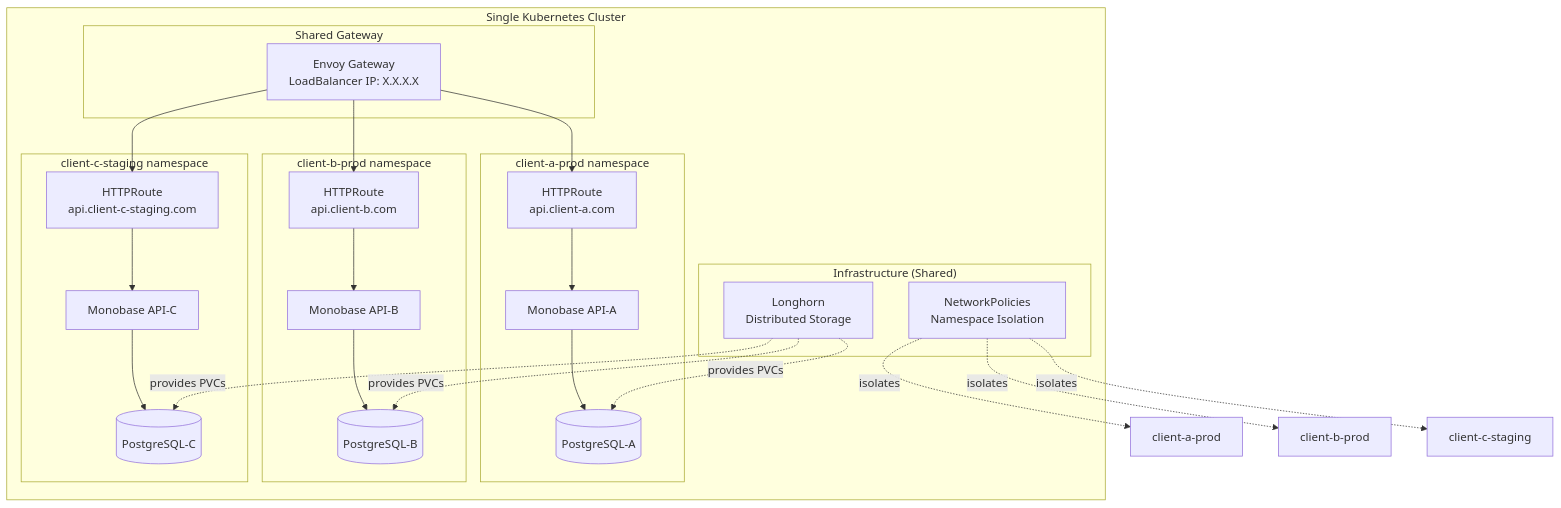
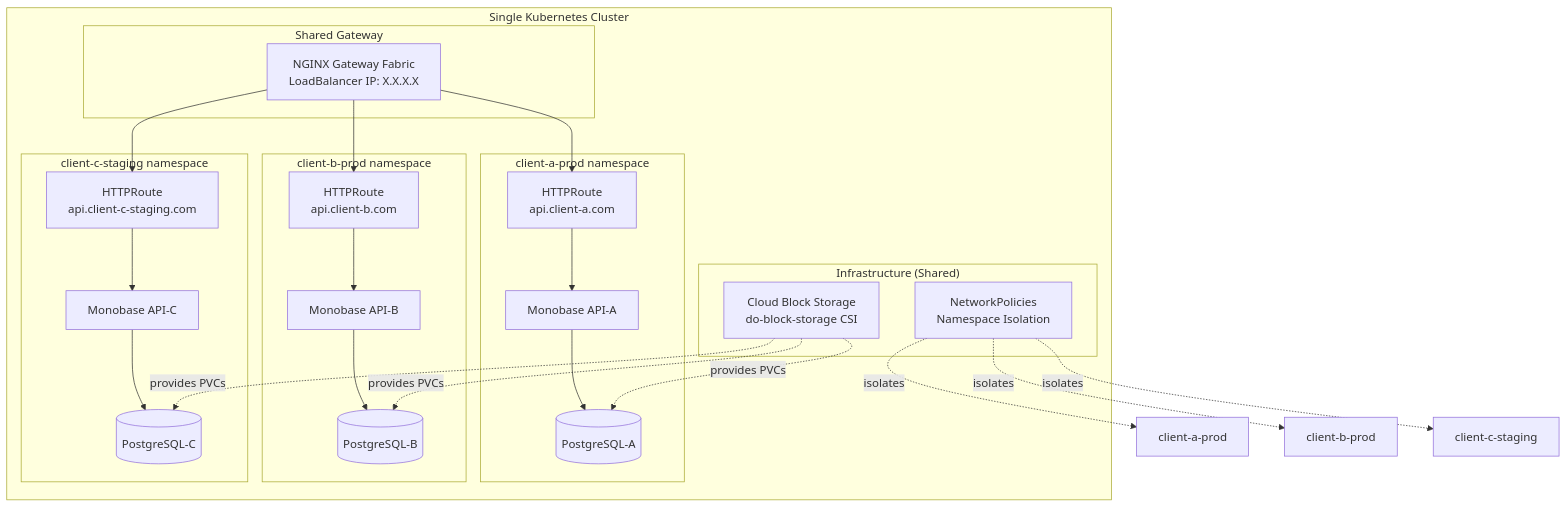
The third of 3 diagrams in docs/architecture/ARCHITECTURE.md (mycurelabs/monobase-infra), drawn with Mermaid before and after one commit. The commit also changed other lines of this file and 141 other files, not shown here.

````diff
--- a/docs/architecture/ARCHITECTURE.md
+++ b/docs/architecture/ARCHITECTURE.md
@@ -142,47 +142,47 @@
 ```mermaid
 graph TB
     subgraph "Single Kubernetes Cluster"
         subgraph "Shared Gateway"
-            GW[Envoy Gateway<br/>LoadBalancer IP: X.X.X.X]
+            GW[NGINX Gateway Fabric<br/>LoadBalancer IP: X.X.X.X]
         end
         
         subgraph "client-a-prod namespace"
             R1[HTTPRoute<br/>api.client-a.com]
             H1[Monobase API-A]
             DB1[(PostgreSQL-A)]
         end
         
         subgraph "client-b-prod namespace"
             R2[HTTPRoute<br/>api.client-b.com]
             H2[Monobase API-B]
             DB2[(PostgreSQL-B)]
         end
         
         subgraph "client-c-staging namespace"
             R3[HTTPRoute<br/>api.client-c-staging.com]
             H3[Monobase API-C]
             DB3[(PostgreSQL-C)]
         end
         
         subgraph "Infrastructure (Shared)"
             NP[NetworkPolicies<br/>Namespace Isolation]
-            Storage[Longhorn<br/>Distributed Storage]
+            Storage[Cloud Block Storage<br/>do-block-storage CSI]
         end
     end
     
     GW --> R1
     GW --> R2
     GW --> R3
     R1 --> H1
     R2 --> H2
     R3 --> H3
     H1 --> DB1
     H2 --> DB2
     H3 --> DB3
     NP -.->|isolates| client-a-prod
     NP -.->|isolates| client-b-prod
     NP -.->|isolates| client-c-staging
     Storage -.->|provides PVCs| DB1
     Storage -.->|provides PVCs| DB2
     Storage -.->|provides PVCs| DB3
 ```
````
